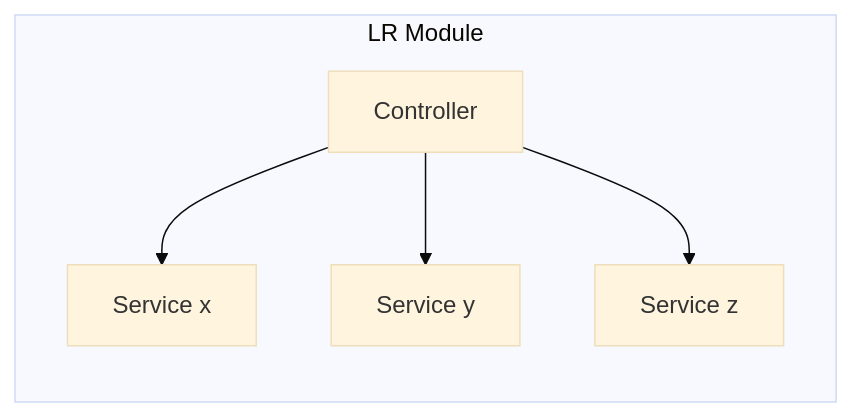
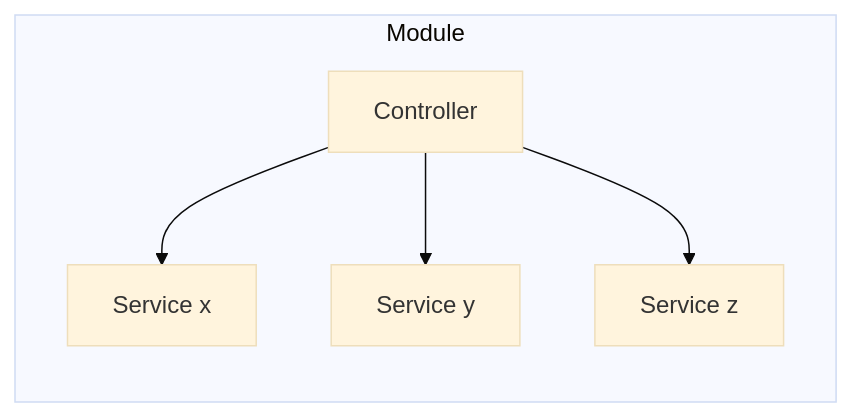
Before and after one commit to albin-joseph/myjslearnings: the first of 2 diagrams in nestjs/NestJs.MD, drawn with Mermaid (base theme).

````diff
--- a/nestjs/NestJs.MD
+++ b/nestjs/NestJs.MD
@@ -80,12 +80,12 @@
    ```mermaid
         flowchart LR;
-            subgraph LR Module
+            subgraph Module
             step1["Controller"]
             step2["Service x"]
             step1 --> step2
             step3["Service y"]
             step1 --> step3
             step4["Service z"]
             step1 --> step4
             end
     ```
````
